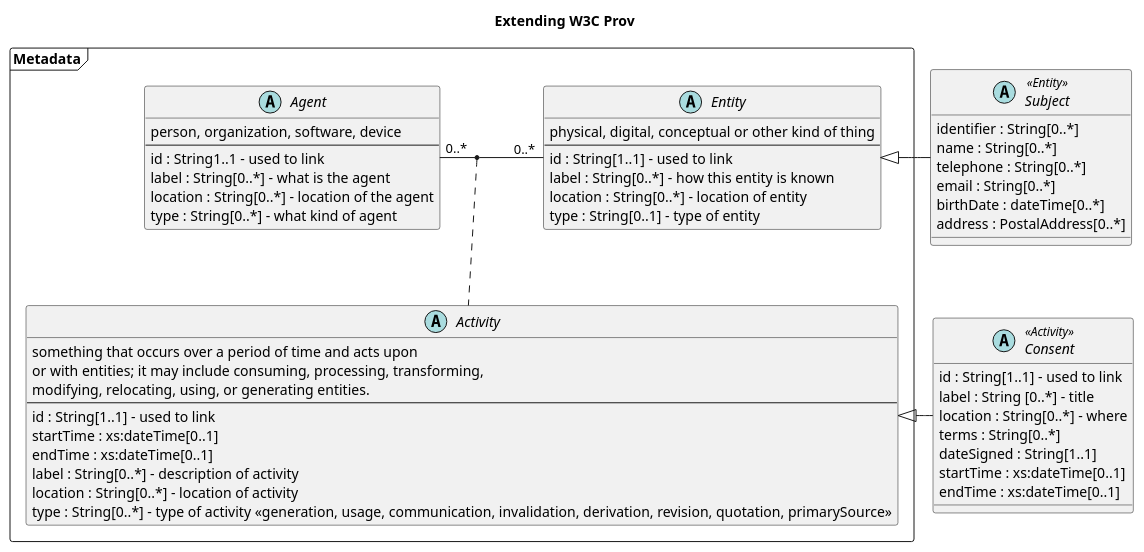
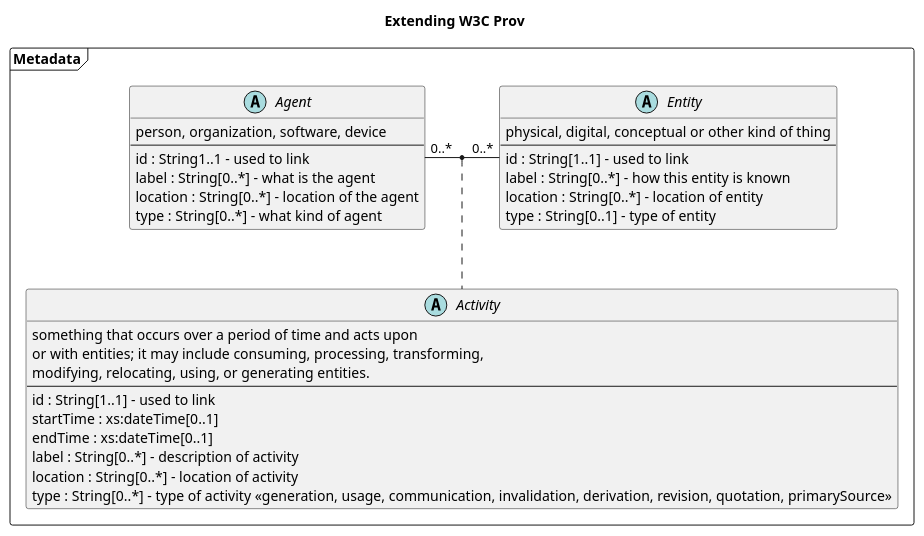
One commit to JohnMoehrke/Metadata changed the diagram in metadata-w3cprov.plantuml. Above: the diagram before and after it, drawn with PlantUML. The commit also changed 7 other files, not shown here.

```diff
--- a/metadata-w3cprov.plantuml
+++ b/metadata-w3cprov.plantuml
@@ -1,64 +1,44 @@
 @startuml 
 title Extending W3C Prov 
 
 
 package Metadata <<Frame>>{
     Agent "0..*" - "0..*" Entity 
     (Agent, Entity) .. Activity
 
 
 abstract class Agent {
     person, organization, software, device
     --
     id : String1..1 - used to link
     label : String[0..*] - what is the agent
     location : String[0..*] - location of the agent
     type : String[0..*] - what kind of agent
 }
 
 abstract class Entity {
     physical, digital, conceptual or other kind of thing
     --
     id : String[1..1] - used to link
     label : String[0..*] - how this entity is known
     location : String[0..*] - location of entity
     type : String[0..1] - type of entity
 }
 
 abstract class Activity {
     something that occurs over a period of time and acts upon
      or with entities; it may include consuming, processing, transforming, 
      modifying, relocating, using, or generating entities.
     --
     id : String[1..1] - used to link
     startTime : xs:dateTime[0..1]
     endTime : xs:dateTime[0..1]
     label : String[0..*] - description of activity
     location : String[0..*] - location of activity
     type : String[0..*] - type of activity <<generation, usage, communication, invalidation, derivation, revision, quotation, primarySource>>
 }
 
 }
 
-Entity <|- Subject
-Activity <|- Consent
 
-abstract class Subject <<Entity>> {
-    identifier : String[0..*]
-    name : String[0..*]
-    telephone : String[0..*]
-    email : String[0..*]
-    birthDate : dateTime[0..*]
-    address : PostalAddress[0..*]
-}
-
-abstract class Consent <<Activity>> {
-    id : String[1..1] - used to link
-    label : String [0..*] - title
-    location : String[0..*] - where
-    terms : String[0..*]
-    dateSigned : String[1..1]
-    startTime : xs:dateTime[0..1]
-    endTime : xs:dateTime[0..1]
-}
 @enduml
```
